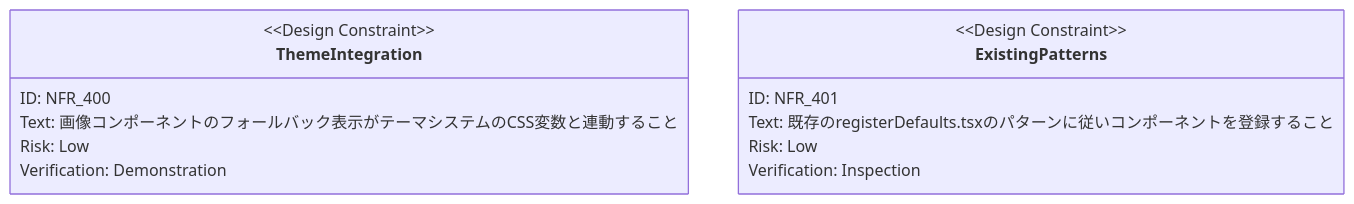
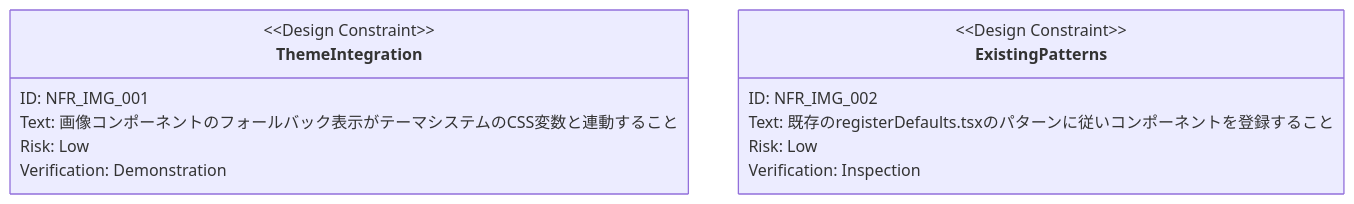
Before and after one commit to ToshikiImagawa/slide-presentation-app: the fourth of 4 diagrams in .sdd/requirement/image-component.md, drawn with Mermaid. The commit also changed other lines of this file and 31 other files, not shown here.

````diff
--- a/.sdd/requirement/image-component.md
+++ b/.sdd/requirement/image-component.md
@@ -148,16 +166,16 @@
 ```mermaid
 requirementDiagram
     designConstraint ThemeIntegration {
-        id: NFR_400
+        id: NFR_IMG_001
         text: "画像コンポーネントのフォールバック表示がテーマシステムのCSS変数と連動すること"
         risk: low
         verifymethod: demonstration
     }
 
     designConstraint ExistingPatterns {
-        id: NFR_401
+        id: NFR_IMG_002
         text: "既存のregisterDefaults.tsxのパターンに従いコンポーネントを登録すること"
         risk: low
         verifymethod: inspection
     }
 ```
````
